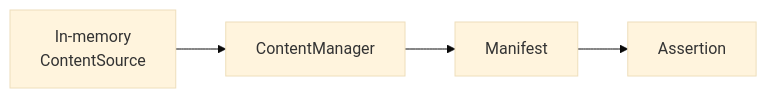
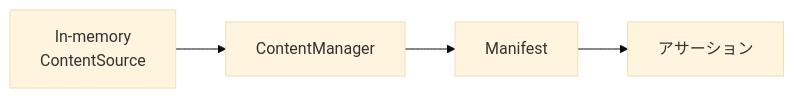
Before and after one commit to Rerurate514/riebeckite: the third of 6 diagrams in docs/docs/framework/testing.ja.md, drawn with Mermaid (base theme). The commit also changed other lines of this file and 310 other files, not shown here.

````diff
--- a/docs/docs/framework/testing.ja.md
+++ b/docs/docs/framework/testing.ja.md
@@ -313,11 +234,11 @@
 ```mermaid
 flowchart LR
     Source["In-memory<br/>ContentSource"]
     Manager["ContentManager"]
     Manifest["Manifest"]
-    Assert["Assertion"]
+    Assert["アサーション"]
 
     Source --> Manager
     Manager --> Manifest
     Manifest --> Assert
 ```
````
